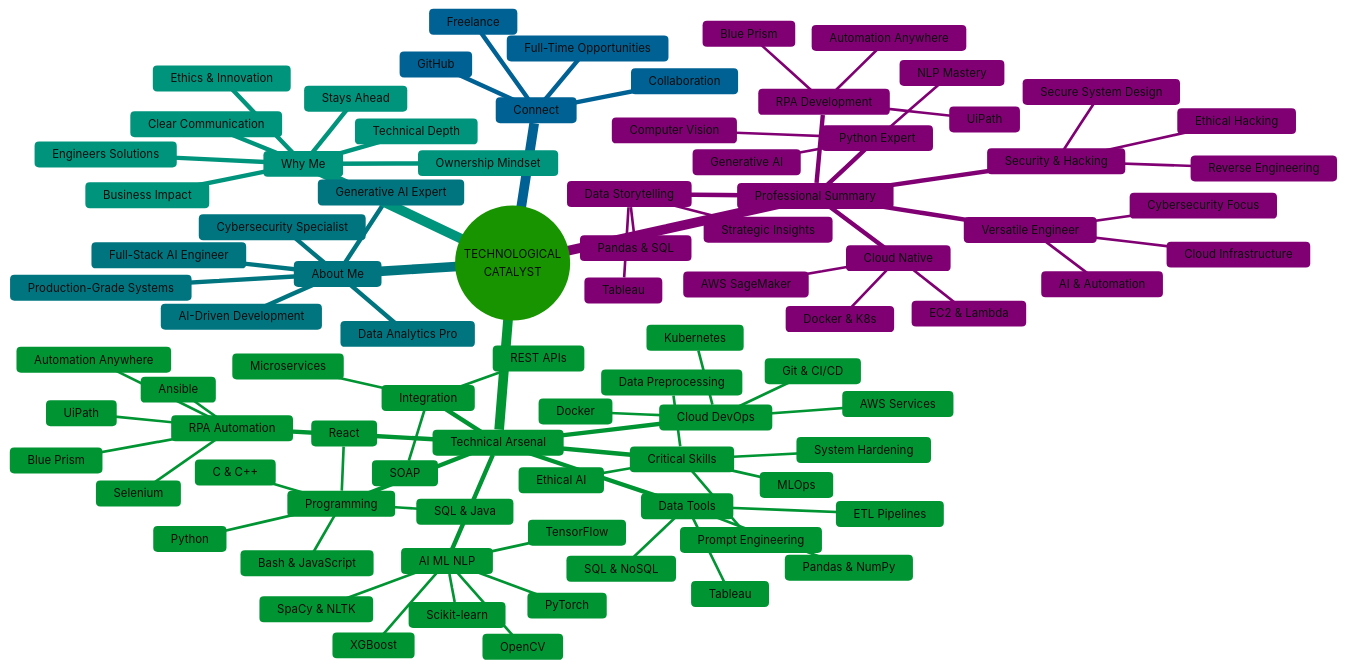
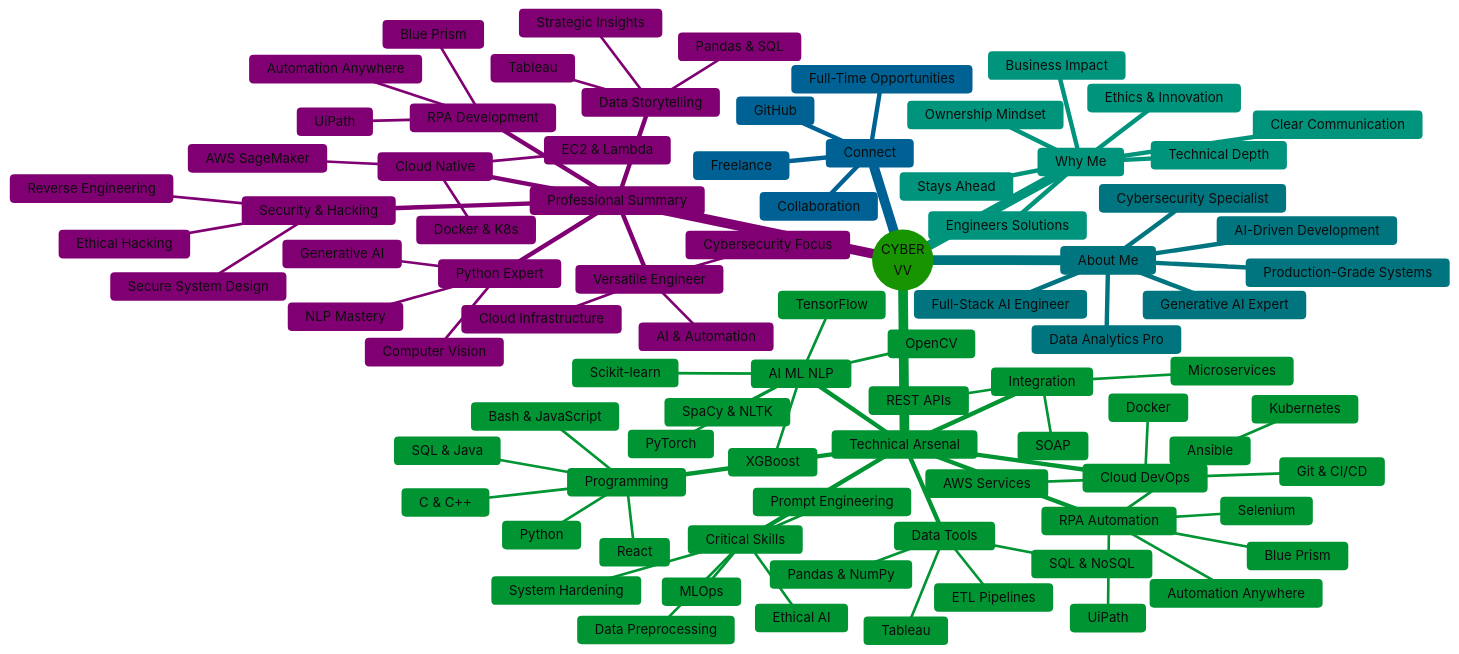
Before and after one commit to cyber-vv/cyber-vv: the diagram in README.md, drawn with Mermaid.

Commit message:
Update README.md
2307 25112025

```diff
--- a/README.md
+++ b/README.md
@@ -13,20 +13,20 @@
   'tertiaryColor':'#ff00e6',
   'tertiaryTextColor':'#0d0d0d',
   'tertiaryBorderColor':'#ff00e6',
-  'lineColor':'#00eaff',
+  'lineColor':'#ffffff',
   'textColor':'#39ff14',
-  'mainBkg':'#0d0d0d',
-  'secondBkg':'#0d0d0d',
+  'mainBkg':'#ffffff',
+  'secondBkg':'#ffffff',
   'fontFamily':'monospace',
-  'fontSize':'13px',
-  'edgeLabelBackground':'#0d0d0d',
-  'clusterBkg':'#1a1a1a',
-  'clusterBorder':'#00cfff',
-  'defaultLinkColor':'#00eaff'
+  'fontSize':'15px',
+  'edgeLabelBackground':'#ffffff',
+  'clusterBkg':'#ffffff',
+  'clusterBorder':'#ffffff',
+  'defaultLinkColor':'#ffffff'
 }}}%%
 
 mindmap
-  root((TECHNOLOGICAL<br/>CATALYST))
+  root((CYBER<br/>VV))
     About Me
       AI-Driven Development
       Generative AI Expert
```
